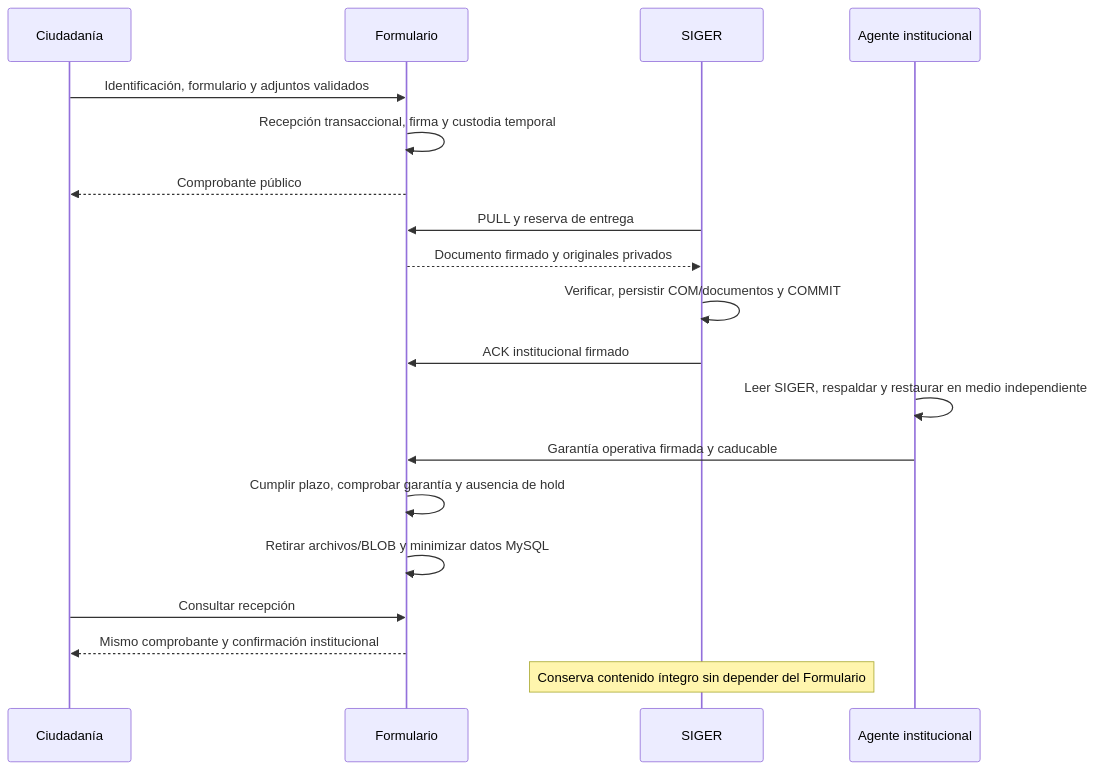
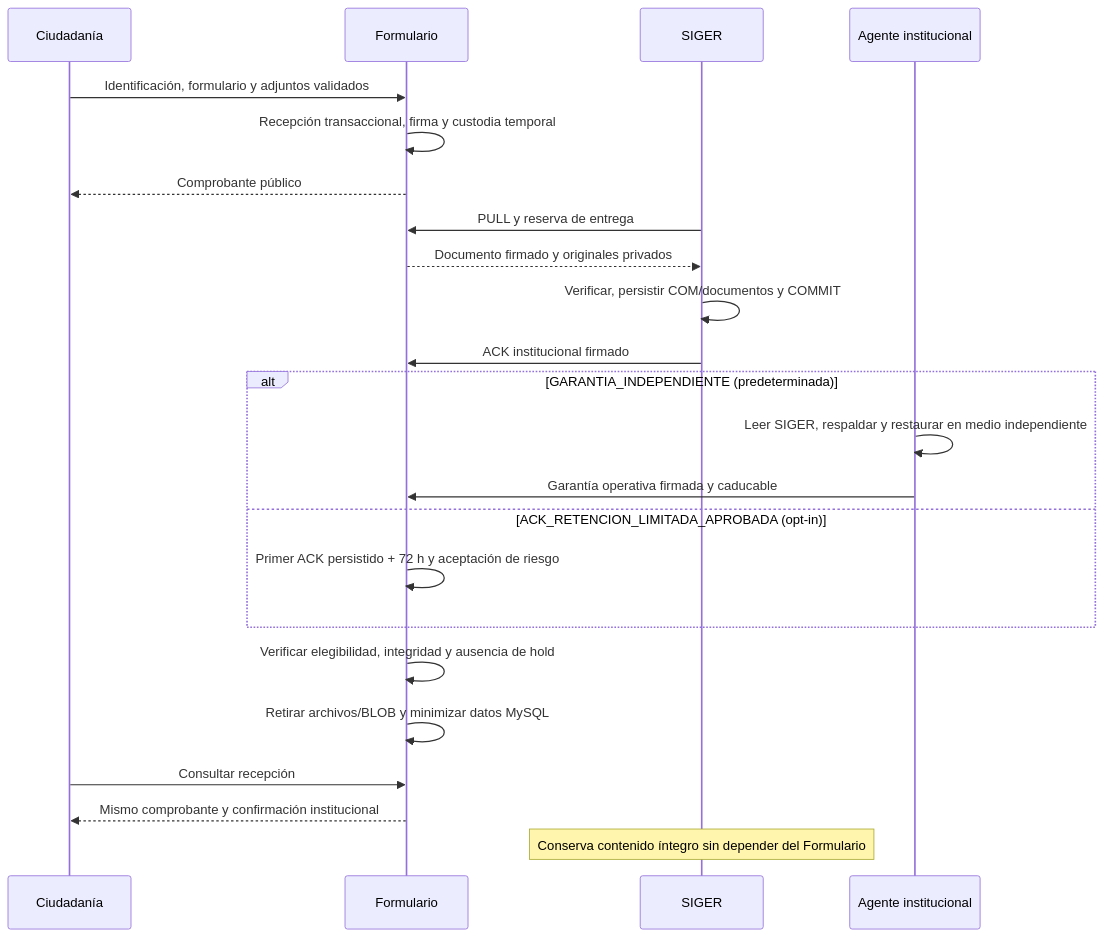
One commit to chashmdai/formulario-web changed the second of 4 diagrams in README.md. Above: the diagram before and after it, drawn with Mermaid. The commit also changed other lines of this file and 8 other files, not shown here.

Commit message:
docs: cerrar validacion V12 y operacion de retencion ACK sin activar retiradas

````diff
--- a/README.md
+++ b/README.md
@@ -94,21 +96,25 @@
 ```mermaid
 sequenceDiagram
   participant C as Ciudadanía
   participant F as Formulario
   participant S as SIGER
   participant A as Agente institucional
   C->>F: Identificación, formulario y adjuntos validados
   F->>F: Recepción transaccional, firma y custodia temporal
   F-->>C: Comprobante público
   S->>F: PULL y reserva de entrega
   F-->>S: Documento firmado y originales privados
   S->>S: Verificar, persistir COM/documentos y COMMIT
   S->>F: ACK institucional firmado
-  A->>A: Leer SIGER, respaldar y restaurar en medio independiente
-  A->>F: Garantía operativa firmada y caducable
-  F->>F: Cumplir plazo, comprobar garantía y ausencia de hold
+  alt GARANTIA_INDEPENDIENTE (predeterminada)
+    A->>A: Leer SIGER, respaldar y restaurar en medio independiente
+    A->>F: Garantía operativa firmada y caducable
+  else ACK_RETENCION_LIMITADA_APROBADA (opt-in)
+    F->>F: Primer ACK persistido + 72 h y aceptación de riesgo
+  end
+  F->>F: Verificar elegibilidad, integridad y ausencia de hold
   F->>F: Retirar archivos/BLOB y minimizar datos MySQL
   C->>F: Consultar recepción
   F-->>C: Mismo comprobante y confirmación institucional
   Note over S: Conserva contenido íntegro sin depender del Formulario
 ```
````
